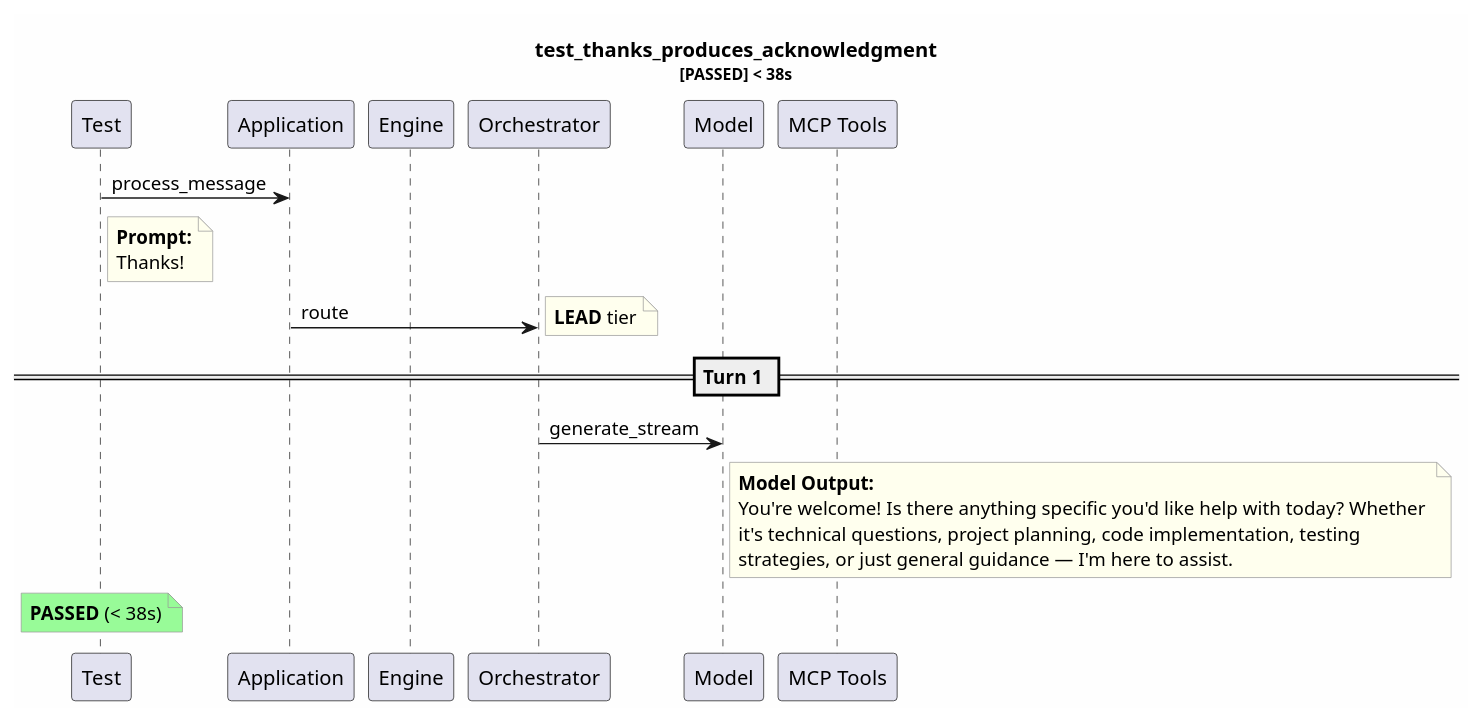
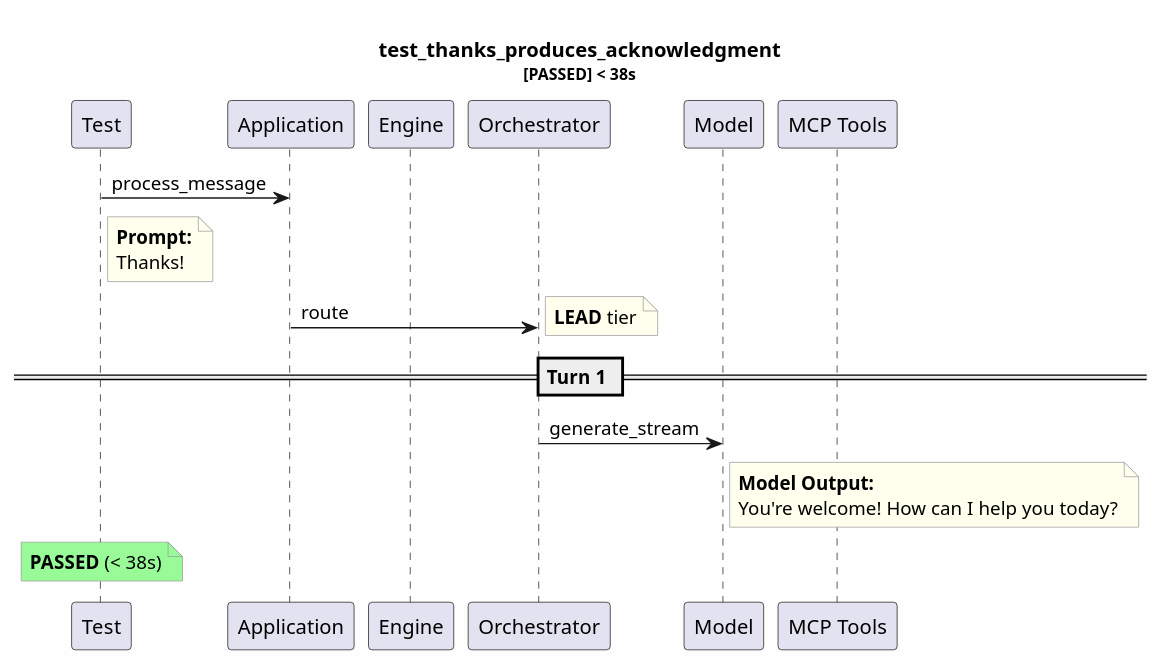
One commit to tvanfossen/entropic changed the diagram in test-reports/logs/test_thanks_produces_acknowledgment/test_thanks_produces_acknowledgment.puml. Above: the diagram before and after it, drawn with PlantUML. The commit also changed 85 other files, not shown here.

```diff
--- a/test-reports/logs/test_thanks_produces_acknowledgment/test_thanks_produces_acknowledgment.puml
+++ b/test-reports/logs/test_thanks_produces_acknowledgment/test_thanks_produces_acknowledgment.puml
@@ -1,33 +1,31 @@
 @startuml
 skinparam backgroundColor #FEFEFE
 skinparam noteBorderColor #999999
 skinparam noteBackgroundColor #FFFFEE
 title test_thanks_produces_acknowledgment\n<size:11>[PASSED] < 38s</size>
 
 participant "Test" as T
 participant "Application" as App
 participant "Engine" as Eng
 participant "Orchestrator" as Orch
 participant "Model" as Mdl
 participant "MCP Tools" as MCP
 
 T -> App: process_message
 note right of T
   **Prompt:**
   Thanks!
 end note
 App -> Orch: route
 note right: **LEAD** tier
 == Turn 1 ==
 Orch -> Mdl: generate_stream
 note right of Mdl
   **Model Output:**
-  You're welcome! Is there anything specific you'd like help with today? Whether 
-  it's technical questions, project planning, code implementation, testing 
-  strategies, or just general guidance — I'm here to assist.
+  You're welcome! How can I help you today?
 end note
 note over T #palegreen
   **PASSED** (< 38s)
 end note
 
 @enduml
```
